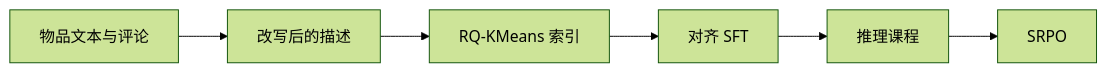
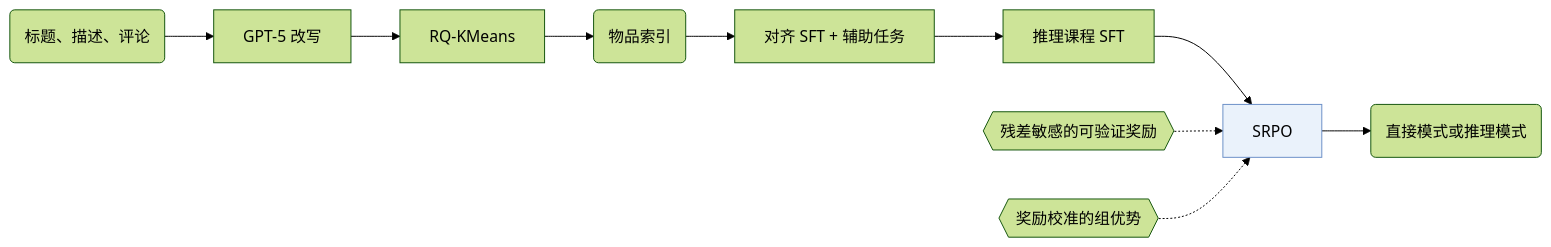
One commit to Galaxy-ghost/Awesome-SID-Generative-Rec changed the first of 2 diagrams in notes/zh/gream.md. Above: the diagram before and after it, drawn with Mermaid (forest theme). The commit also changed other lines of this file and 521 other files, not shown here.

Commit message:
writer-04 part 3: algorithm diagrams with shared shape conventions, README hero and paper cards, archive removed

````diff
--- a/notes/zh/gream.md
+++ b/notes/zh/gream.md
@@ -13,8 +13,13 @@
 ```mermaid
 flowchart LR
-    A[物品文本与评论] --> B[改写后的描述]
-    B --> C[RQ-KMeans 索引]
-    C --> D[对齐 SFT]
-    D --> E[推理课程]
-    E --> F[SRPO]
+    A("标题、描述、评论") --> B["GPT-5 改写"]
+    B --> C["RQ-KMeans"]
+    C --> D("物品索引")
+    D --> E["对齐 SFT + 辅助任务"]
+    E --> F["推理课程 SFT"]
+    F --> G["SRPO"]:::key
+    L1{{"残差敏感的可验证奖励"}} -.-> G
+    L2{{"奖励校准的组优势"}} -.-> G
+    G --> H("直接模式或推理模式")
+    classDef key fill:#eaf2fb,stroke:#6b8fc7
 ```
````
